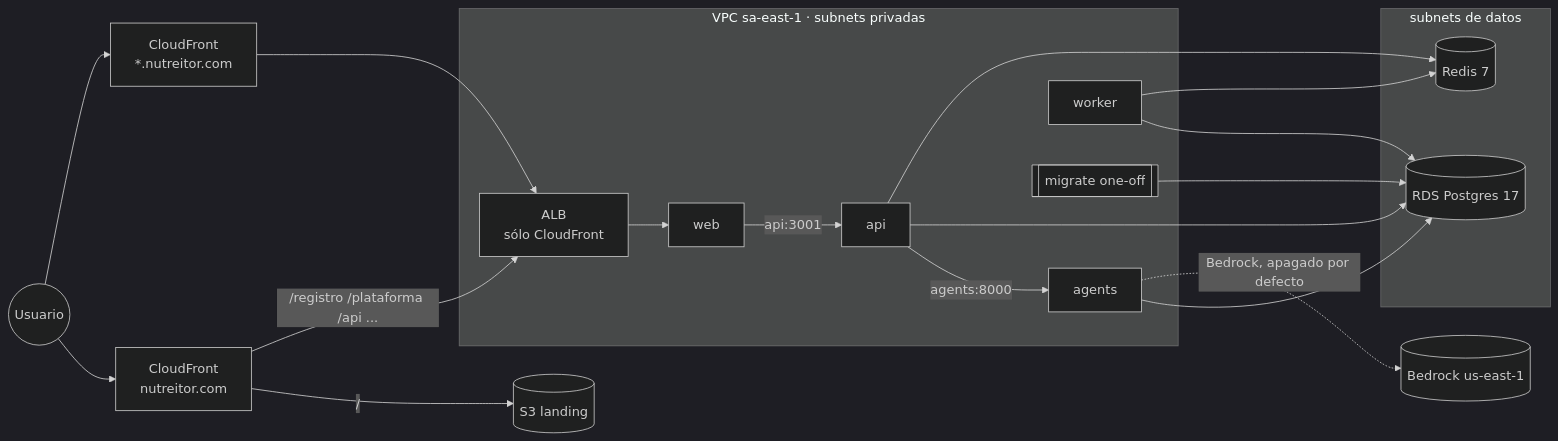
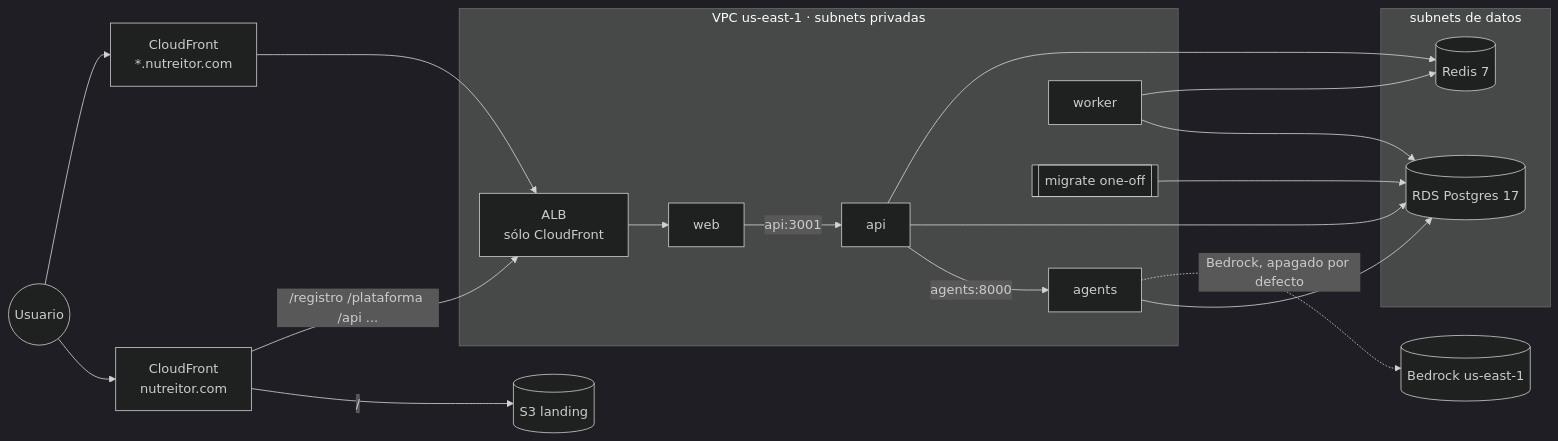
The diagram in infra/terraform/README.md (nebu-fhnatiuk/nutreitor), drawn with Mermaid (dark theme) before and after one commit. The commit also changed 16 other files, not shown here.

````diff
--- a/infra/terraform/README.md
+++ b/infra/terraform/README.md
@@ -22,24 +22,24 @@
 ```mermaid
 flowchart LR
   user((Usuario)) --> cf1[CloudFront<br/>nutreitor.com]
   user --> cf2[CloudFront<br/>*.nutreitor.com]
   cf1 -->|/| s3[(S3 landing)]
   cf1 -->|/registro /plataforma /api ...| alb
   cf2 --> alb[ALB<br/>sólo CloudFront]
-  subgraph vpc [VPC sa-east-1 · subnets privadas]
+  subgraph vpc [VPC us-east-1 · subnets privadas]
     alb --> web[web]
     web -->|api:3001| api[api]
     api -->|agents:8000| agents[agents]
     worker[worker]
     migrate[[migrate one-off]]
   end
   subgraph datos [subnets de datos]
     rds[(RDS Postgres 17)]
     redis[(Redis 7)]
   end
   api --> rds & redis
   worker --> rds & redis
   agents --> rds
   migrate --> rds
   agents -.->|Bedrock, apagado por defecto| bedrock[(Bedrock us-east-1)]
 ```
````
